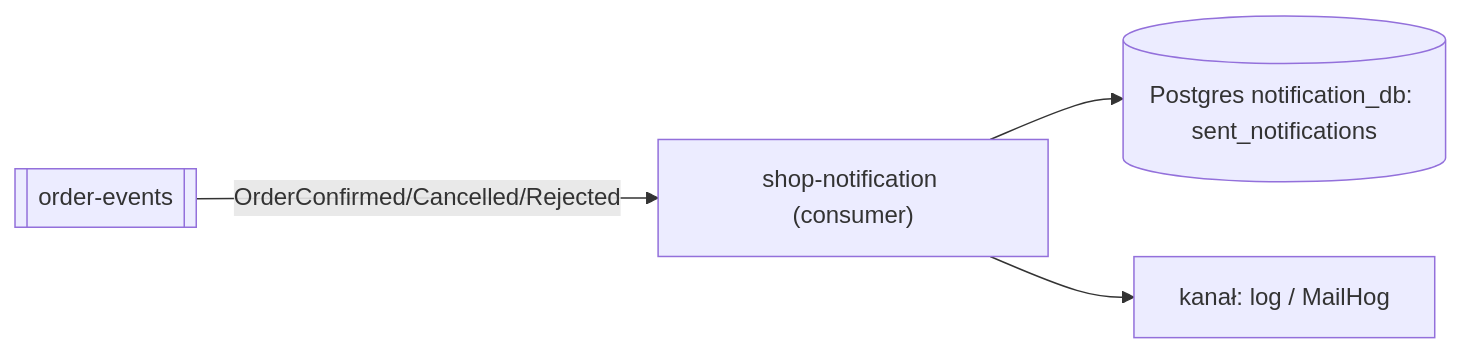
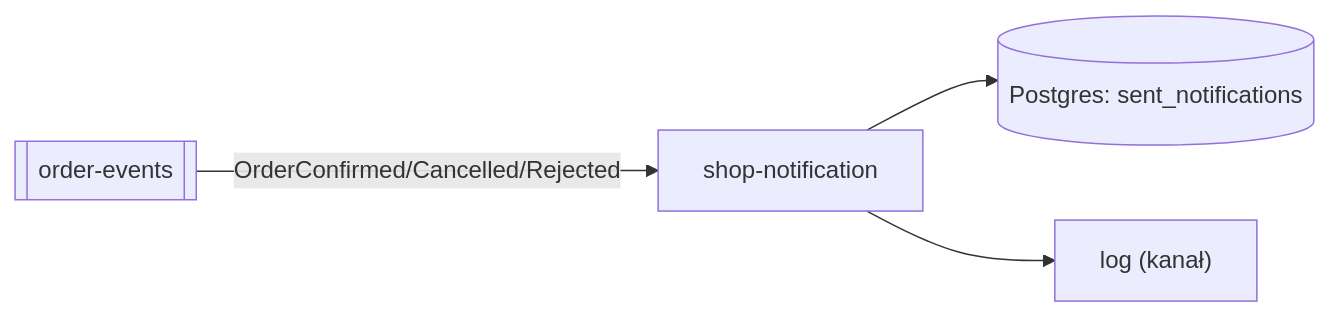
The first of 2 diagrams in README.md (ai-bot-playground/shop-notification), drawn with Mermaid before and after one commit. The commit also changed other lines of this file, not shown here.

````diff
--- a/README.md
+++ b/README.md
@@ -50,6 +60,6 @@
 ```mermaid
 flowchart LR
-    OE[["order-events"]] -->|"OrderConfirmed/Cancelled/Rejected"| NOT["shop-notification (consumer)"]
-    NOT --> DB[("Postgres notification_db: sent_notifications")]
-    NOT --> CH["kanał: log / MailHog"]
+    OE[["order-events"]] -->|"OrderConfirmed/Cancelled/Rejected"| NOT["shop-notification"]
+    NOT --> DB[("Postgres: sent_notifications")]
+    NOT --> LOG["log (kanał)"]
 ```
````
